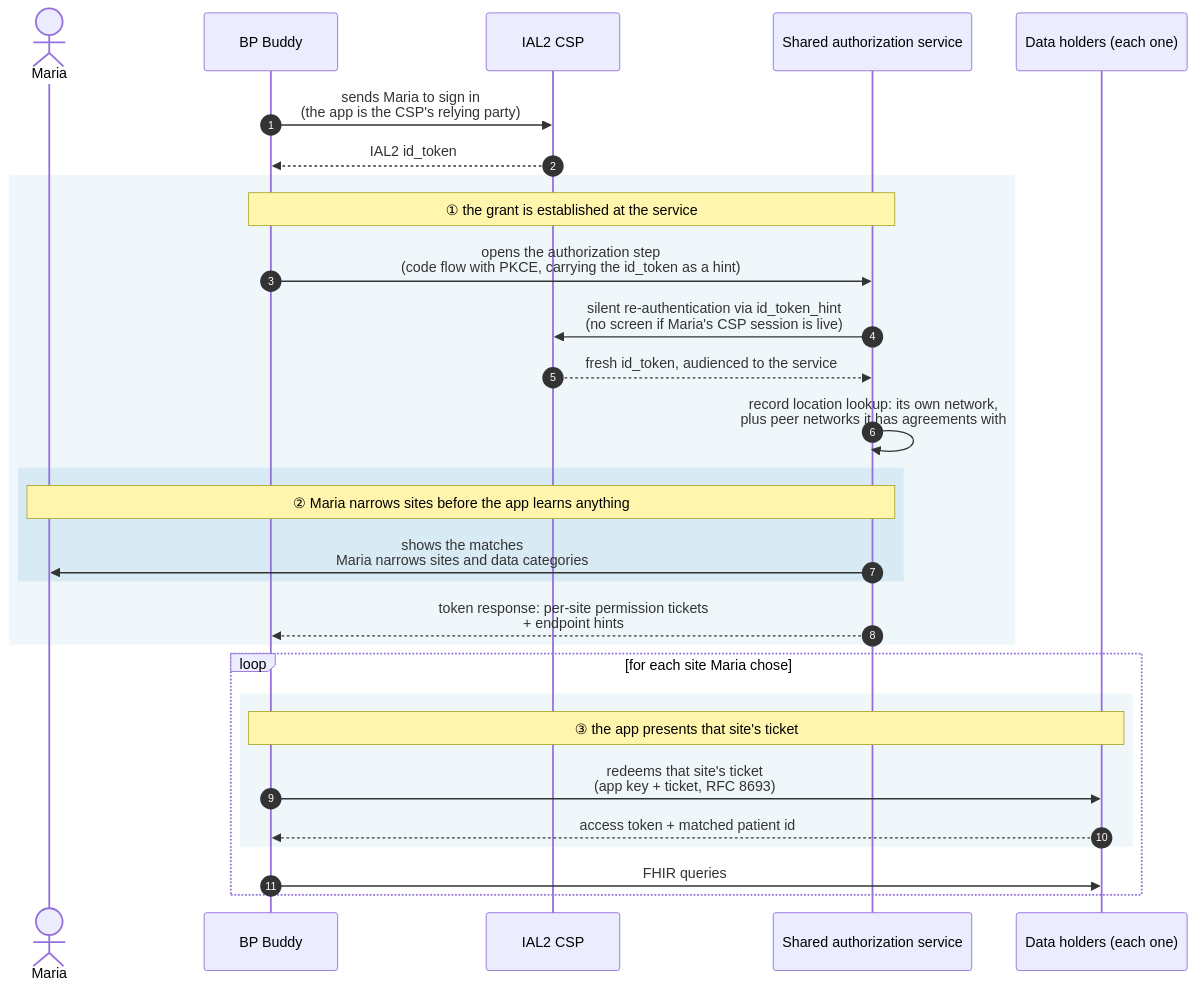
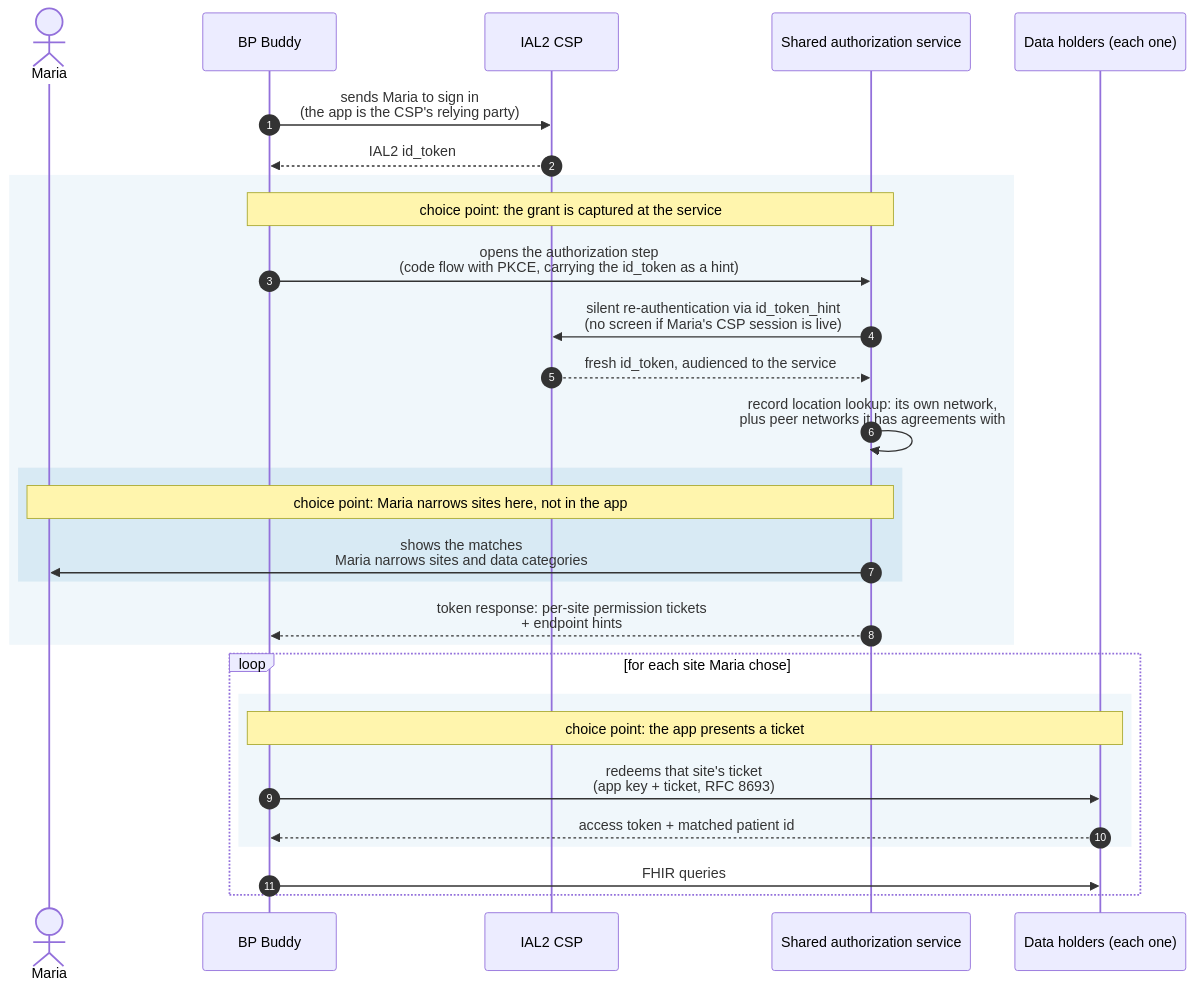
The fourth of 7 diagrams in authorizing-access.md (jmandel/cms-ns), drawn with Mermaid before and after one commit. The commit also changed other lines of this file and 20 other files, not shown here.

First line of the commit message:
Choice points named by noun (grant, locations, token), not numbered

````diff
--- a/authorizing-access.md
+++ b/authorizing-access.md
@@ -119,32 +119,32 @@
 ```mermaid
 sequenceDiagram
     autonumber
     actor Maria
     participant App as BP Buddy
     participant CSP as IAL2 CSP
     participant SAS as Shared authorization service
     participant DH as Data holders (each one)
 
     App->>CSP: sends Maria to sign in<br/>(the app is the CSP's relying party)
     CSP-->>App: IAL2 id_token
     rect rgba(0, 114, 178, 0.06)
-        Note over App,SAS: ① the grant is established at the service
+        Note over App,SAS: choice point: the grant is captured at the service
         App->>SAS: opens the authorization step<br/>(code flow with PKCE, carrying the id_token as a hint)
         SAS->>CSP: silent re-authentication via id_token_hint<br/>(no screen if Maria's CSP session is live)
         CSP-->>SAS: fresh id_token, audienced to the service
         SAS->>SAS: record location lookup: its own network,<br/>plus peer networks it has agreements with
         rect rgba(0, 114, 178, 0.10)
-            Note over Maria,SAS: ② Maria narrows sites before the app learns anything
+            Note over Maria,SAS: choice point: Maria narrows sites here, not in the app
             SAS->>Maria: shows the matches<br/>Maria narrows sites and data categories
         end
         SAS-->>App: token response: per-site permission tickets<br/>+ endpoint hints
     end
     loop for each site Maria chose
         rect rgba(0, 114, 178, 0.06)
-            Note over App,DH: ③ the app presents that site's ticket
+            Note over App,DH: choice point: the app presents a ticket
             App->>DH: redeems that site's ticket<br/>(app key + ticket, RFC 8693)
             DH-->>App: access token + matched patient id
         end
         App->>DH: FHIR queries
     end
 ```
````
